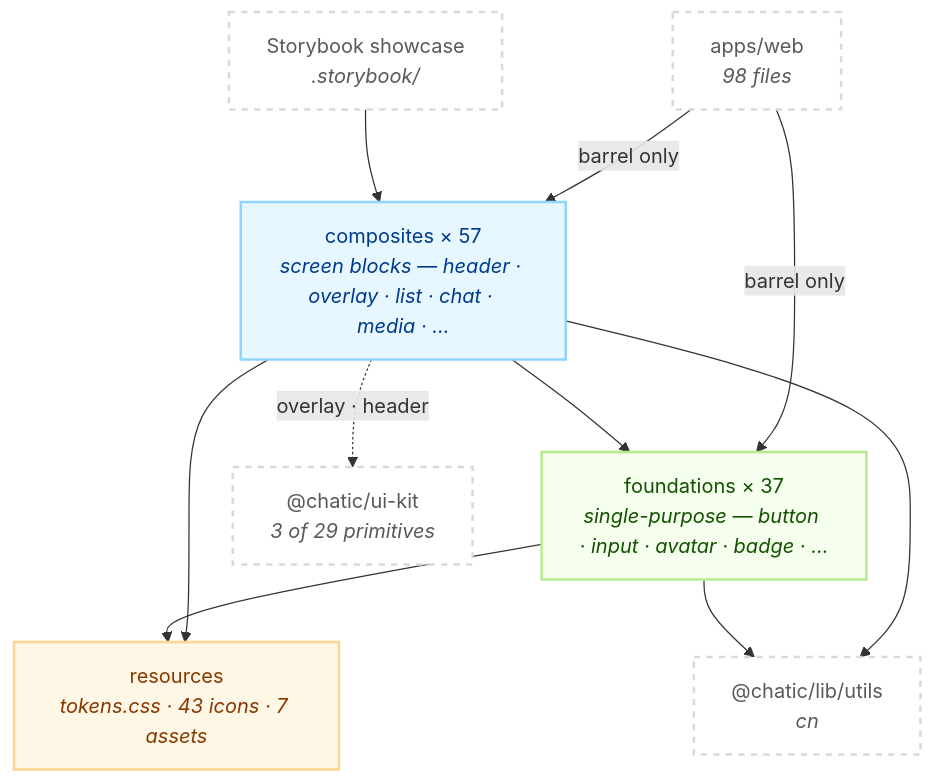
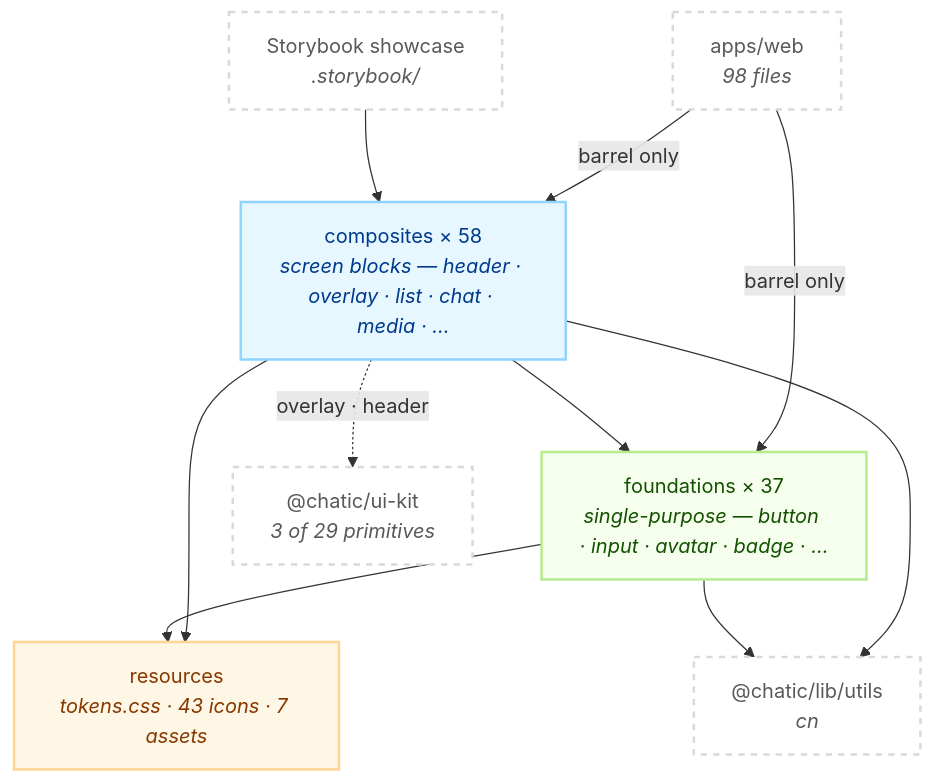
Before and after one commit to lemoncloud-io/dou-app: the first of 2 diagrams in libs/web-ui-kit/README.md, drawn with Mermaid. The commit also changed other lines of this file and 8 other files, not shown here.

````diff
--- a/libs/web-ui-kit/README.md
+++ b/libs/web-ui-kit/README.md
@@ -102,27 +102,27 @@
 ```mermaid
 flowchart TD
     classDef comp fill:#e6f7ff,stroke:#91d5ff,stroke-width:2px,color:#003a8c;
     classDef found fill:#f6ffed,stroke:#b7eb8f,stroke-width:2px,color:#135200;
     classDef res fill:#fff7e6,stroke:#ffd591,stroke-width:2px,color:#873800;
     classDef ext fill:#ffffff,stroke:#d9d9d9,stroke-width:2px,color:#595959,stroke-dasharray: 5 5;
 
     App["apps/web<br/><i>98 files</i>"]:::ext
     SB["Storybook showcase<br/><i>.storybook/</i>"]:::ext
 
-    C["composites × 57<br/><i>screen blocks — header · overlay · list · chat · media · …</i>"]:::comp
+    C["composites × 58<br/><i>screen blocks — header · overlay · list · chat · media · …</i>"]:::comp
     F["foundations × 37<br/><i>single-purpose — button · input · avatar · badge · …</i>"]:::found
     R["resources<br/><i>tokens.css · 43 icons · 7 assets</i>"]:::res
 
     UK["@chatic/ui-kit<br/><i>3 of 29 primitives</i>"]:::ext
     CN["@chatic/lib/utils<br/><i>cn</i>"]:::ext
 
     App -->|"barrel only"| C
     App -->|"barrel only"| F
     SB --> C
     C --> F
     C --> R
     F --> R
     C -.->|"overlay · header"| UK
     C --> CN
     F --> CN
 ```
````
